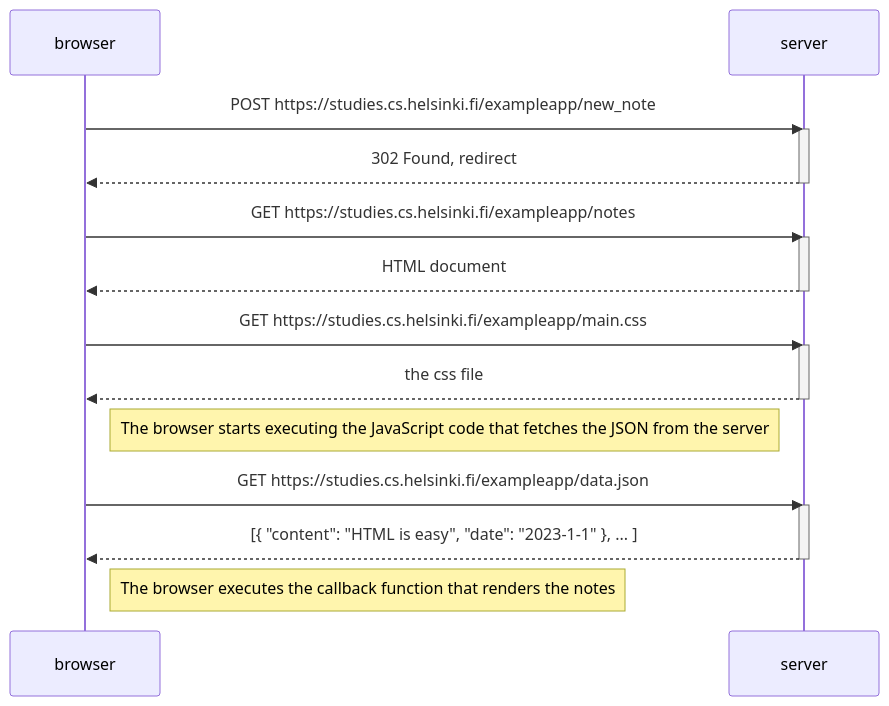
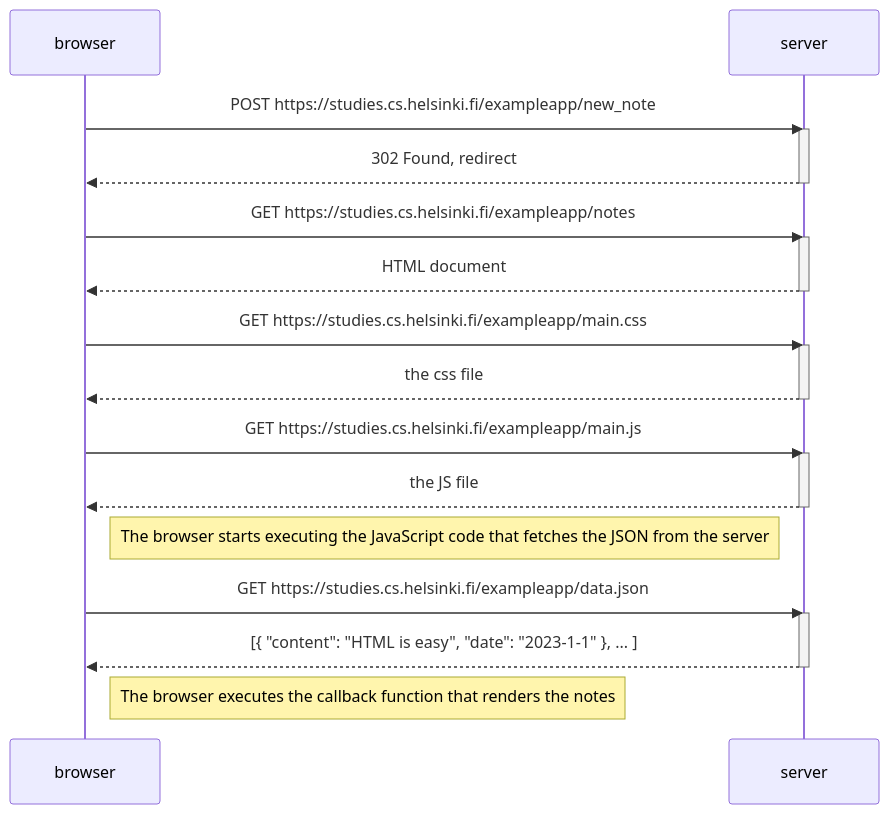
The diagram in 0.4.md (HenryVag/FullstackOpen_Palautus), drawn with Mermaid before and after one commit.

````diff
--- a/0.4.md
+++ b/0.4.md
@@ -2,36 +2,41 @@
 ```mermaid
 sequenceDiagram
     participant browser
     participant server
     
     browser->>server: POST https://studies.cs.helsinki.fi/exampleapp/new_note
     activate server
     server-->>browser: 302 Found, redirect
     deactivate server
     
     browser->>server: GET https://studies.cs.helsinki.fi/exampleapp/notes
     activate server
     server-->>browser: HTML document
     deactivate server
 
     browser->>server: GET https://studies.cs.helsinki.fi/exampleapp/main.css
     activate server
     server-->>browser: the css file
     deactivate server
 
+    browser->>server: GET https://studies.cs.helsinki.fi/exampleapp/main.js
+    activate server
+    server-->>browser: the JS file
+    deactivate server    
+
     Note right of browser: The browser starts executing the JavaScript code that fetches the JSON from the server
 
-      browser->>server: GET https://studies.cs.helsinki.fi/exampleapp/data.json
+    browser->>server: GET https://studies.cs.helsinki.fi/exampleapp/data.json
     activate server
     server-->>browser: [{ "content": "HTML is easy", "date": "2023-1-1" }, ... ]
     deactivate server    
 
     Note right of browser: The browser executes the callback function that renders the notes 
     
   
   
 
 
     
 
 ```
````
